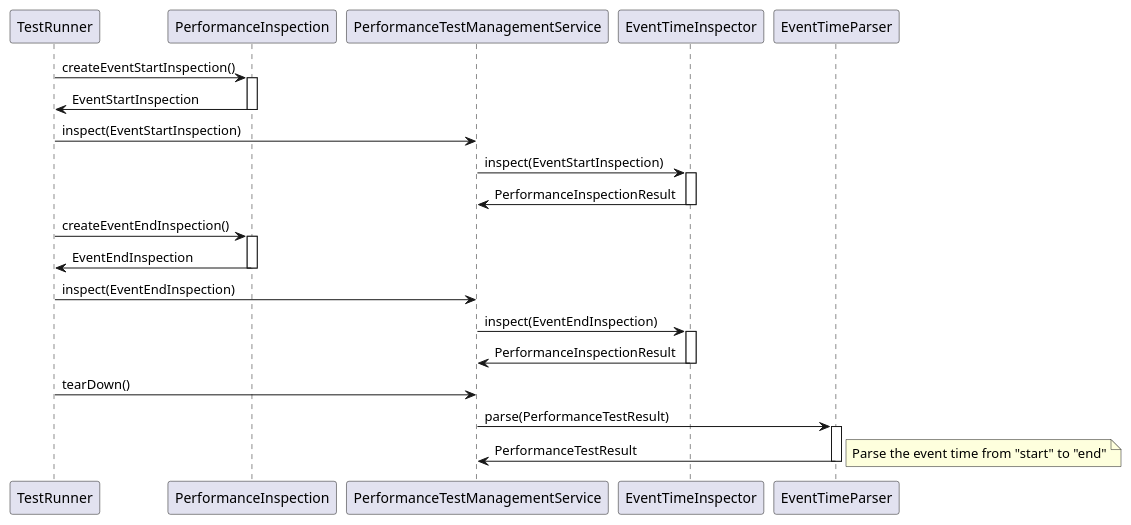
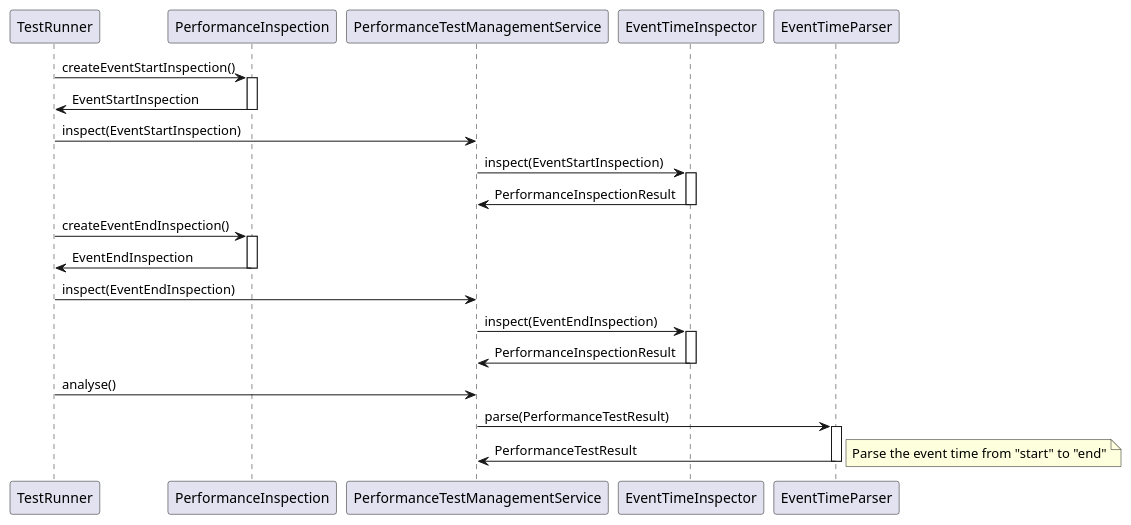
Before and after one commit to microsoft/HydraLab: the fifth of 5 diagrams in agent/doc/UML/performance_test_design.puml, drawn with PlantUML.

```diff
--- a/agent/doc/UML/performance_test_design.puml
+++ b/agent/doc/UML/performance_test_design.puml
@@ -138,28 +138,28 @@
 @startuml performance_event_test_sequence
 TestRunner -> PerformanceInspection : createEventStartInspection()
 activate PerformanceInspection
 PerformanceInspection -> TestRunner : EventStartInspection
 deactivate PerformanceInspection
 TestRunner -> PerformanceTestManagementService : inspect(EventStartInspection)
 PerformanceTestManagementService -> EventTimeInspector : inspect(EventStartInspection)
 activate EventTimeInspector
 EventTimeInspector -> PerformanceTestManagementService : PerformanceInspectionResult
 deactivate EventTimeInspector
 TestRunner -> PerformanceInspection : createEventEndInspection()
 activate PerformanceInspection
 PerformanceInspection -> TestRunner : EventEndInspection
 deactivate PerformanceInspection
 TestRunner -> PerformanceTestManagementService : inspect(EventEndInspection)
 PerformanceTestManagementService -> EventTimeInspector : inspect(EventEndInspection)
 activate EventTimeInspector
 EventTimeInspector -> PerformanceTestManagementService : PerformanceInspectionResult
 deactivate EventTimeInspector
-TestRunner -> PerformanceTestManagementService : tearDown()
+TestRunner -> PerformanceTestManagementService : analyse()
 PerformanceTestManagementService -> EventTimeParser : parse(PerformanceTestResult)
 activate EventTimeParser
 EventTimeParser -> PerformanceTestManagementService : PerformanceTestResult
 deactivate EventTimeParser
 note right
   Parse the event time from "start" to "end"
 end note
 @enduml
```
